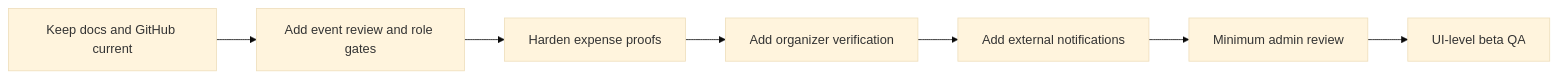
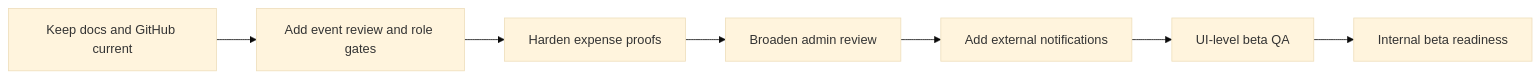
One commit to moirakk/GatherUp changed the fourth of 4 diagrams in docs/project-architecture-brief-v0.1.md. Above: the diagram before and after it, drawn with Mermaid (base theme). The commit also changed other lines of this file and 9 other files, not shown here.

Commit message:
Add admin organizer verification review

````diff
--- a/docs/project-architecture-brief-v0.1.md
+++ b/docs/project-architecture-brief-v0.1.md
@@ -243,9 +244,9 @@
 ```mermaid
 flowchart LR
   A["Keep docs and GitHub current"] --> B["Add event review and role gates"]
   B --> C["Harden expense proofs"]
-  C --> D["Add organizer verification"]
+  C --> D["Broaden admin review"]
   D --> E["Add external notifications"]
-  E --> F["Minimum admin review"]
-  F --> G["UI-level beta QA"]
+  E --> F["UI-level beta QA"]
+  F --> G["Internal beta readiness"]
 ```
````
